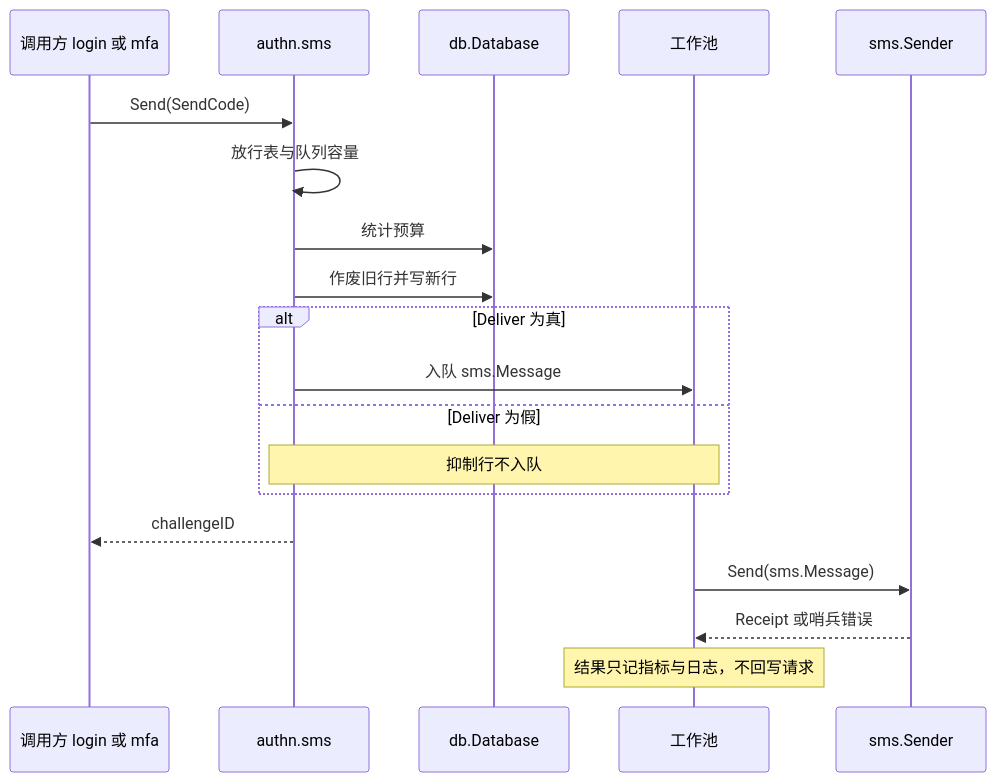
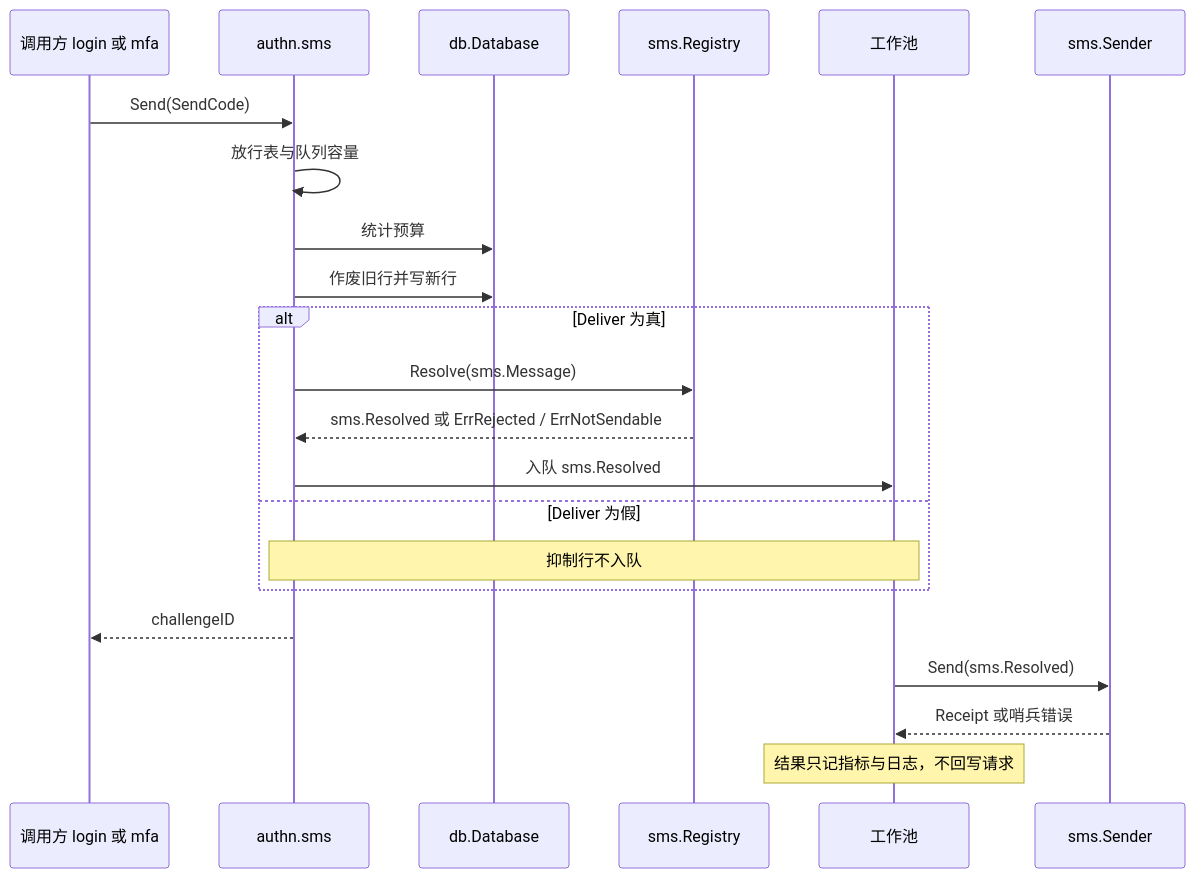
One commit to wangzw/speed changed the second of 4 diagrams in docs/design/modules/authn/design-authn-sms.md. Above: the diagram before and after it, drawn with Mermaid. The commit also changed other lines of this file and 12 other files, not shown here.

````diff
--- a/docs/design/modules/authn/design-authn-sms.md
+++ b/docs/design/modules/authn/design-authn-sms.md
@@ -191,21 +197,24 @@
 ```mermaid
 sequenceDiagram
     participant C as 调用方 login 或 mfa
     participant S as authn.sms
     participant D as db.Database
+    participant R as sms.Registry
     participant P as 工作池
     participant V as sms.Sender
     C->>S: Send(SendCode)
     S->>S: 放行表与队列容量
     S->>D: 统计预算
     S->>D: 作废旧行并写新行
     alt Deliver 为真
-        S->>P: 入队 sms.Message
+        S->>R: Resolve(sms.Message)
+        R-->>S: sms.Resolved 或 ErrRejected / ErrNotSendable
+        S->>P: 入队 sms.Resolved
     else Deliver 为假
         Note over S,P: 抑制行不入队
     end
     S-->>C: challengeID
-    P->>V: Send(sms.Message)
+    P->>V: Send(sms.Resolved)
     V-->>P: Receipt 或哨兵错误
     Note over P: 结果只记指标与日志，不回写请求
 ```
````
